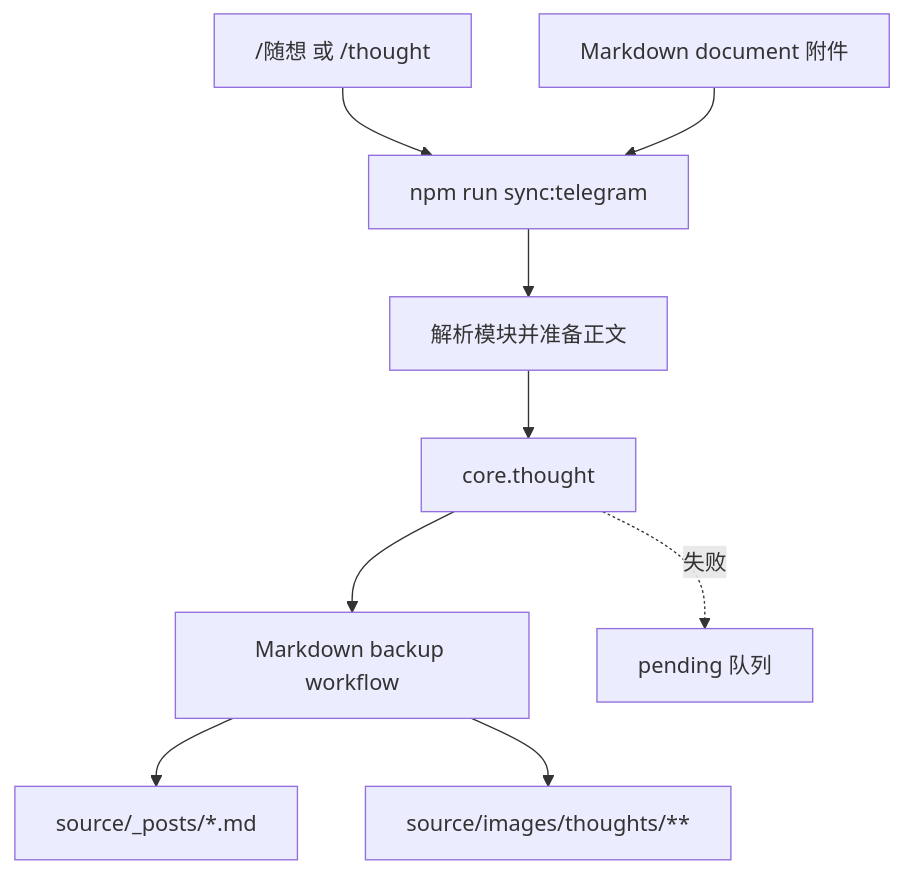
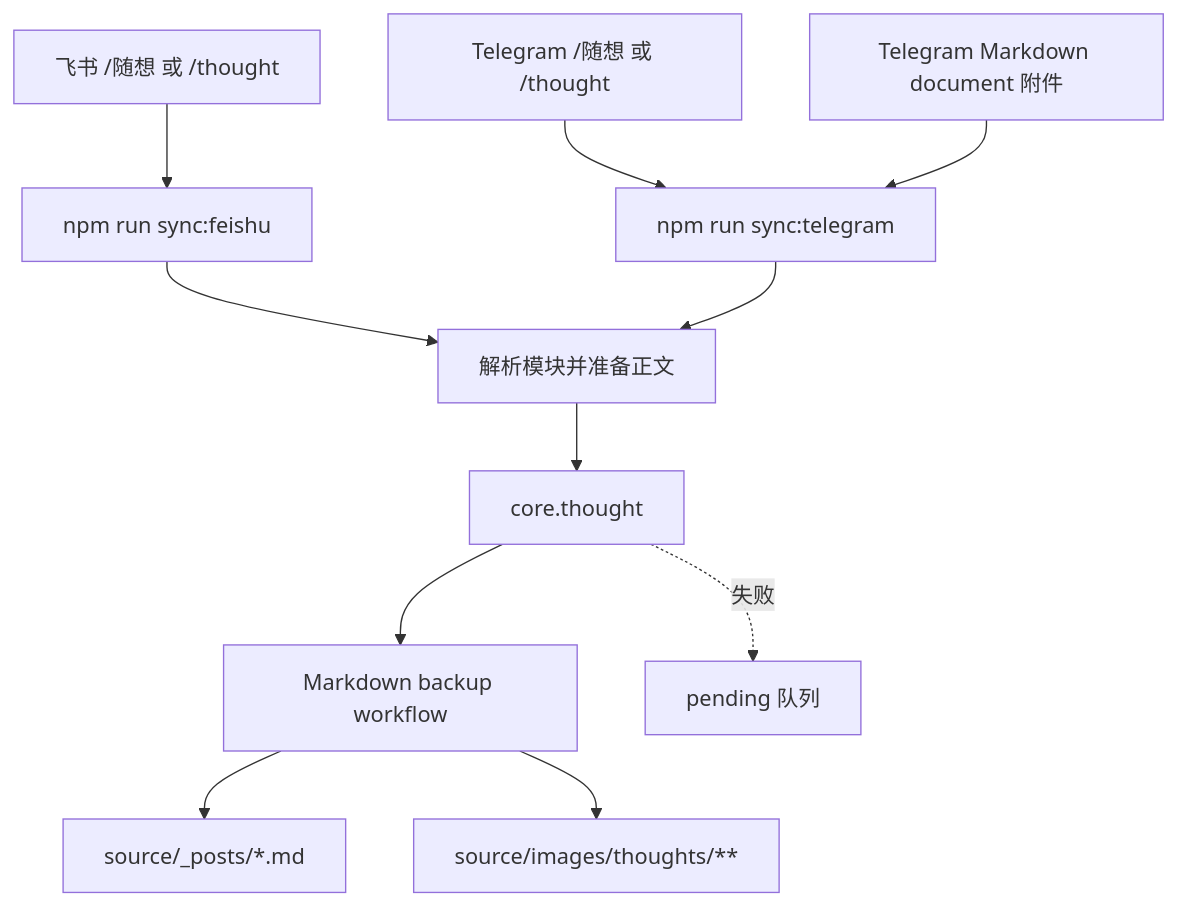
Before and after one commit to soulgo/training_records: the third of 4 diagrams in docs/数据流转/数据流转说明.md, drawn with Mermaid. The commit also changed other lines of this file and 42 other files, not shown here.

Commit message:
Release 1.2.9 with Feishu sync

````diff
--- a/docs/数据流转/数据流转说明.md
+++ b/docs/数据流转/数据流转说明.md
@@ -56,11 +60,13 @@
 ```mermaid
 flowchart TD
-  T["/随想 或 /thought"] --> S["npm run sync:telegram"]
-  MD["Markdown document 附件"] --> S
+  T["Telegram /随想 或 /thought"] --> S["npm run sync:telegram"]
+  F["飞书 /随想 或 /thought"] --> FS["npm run sync:feishu"]
+  MD["Telegram Markdown document 附件"] --> S
+  FS --> PREP
   S --> PREP["解析模块并准备正文"]
   PREP --> DB["core.thought"]
   DB --> B["Markdown backup workflow"]
   B --> POSTS["source/_posts/*.md"]
   B --> I["source/images/thoughts/**"]
   DB -. "失败" .-> Q["pending 队列"]
 ```
````
